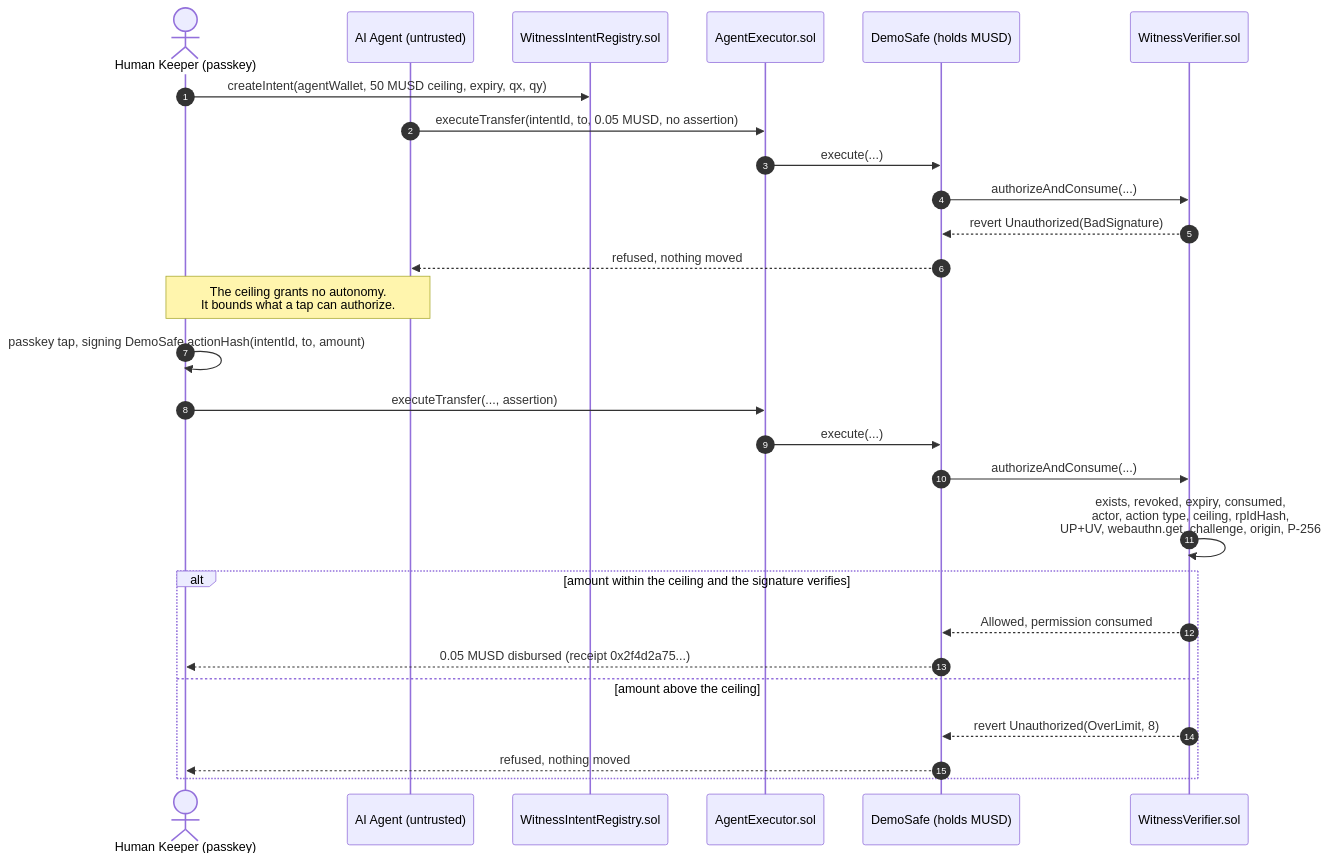
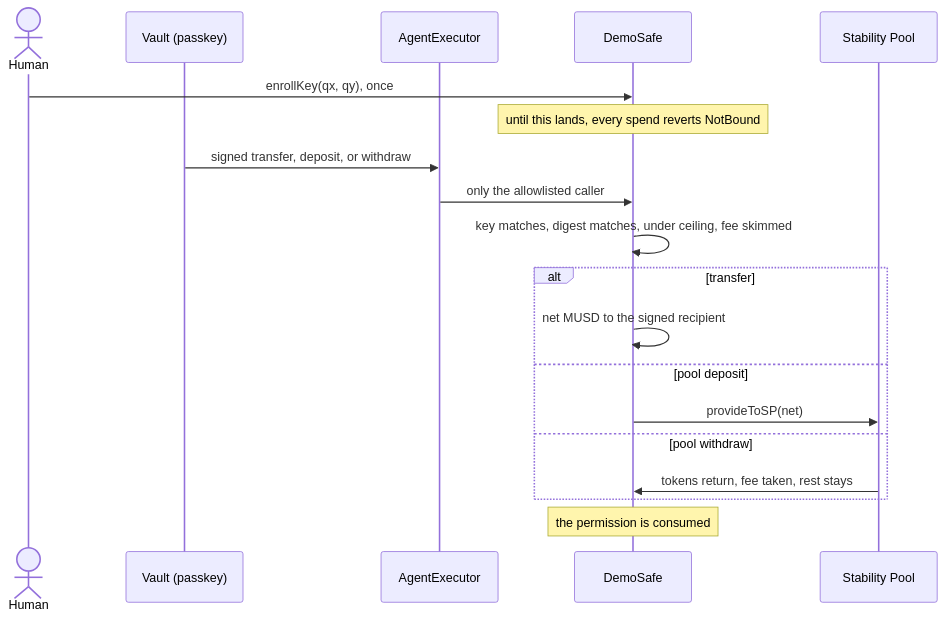
The diagram in README.md (thesithunyein/witness), drawn with Mermaid before and after one commit. The commit also changed other lines of this file and 1 other file, not shown here.

First line of the commit message:
docs: rewrite the README around the seal and the live safe

````diff
--- a/README.md
+++ b/README.md
@@ -114,31 +81,22 @@
 ```mermaid
 sequenceDiagram
-  autonumber
-  actor Human as Human Keeper (passkey)
-  participant Agent as AI Agent (untrusted)
-  participant Registry as WitnessIntentRegistry.sol
-  participant Executor as AgentExecutor.sol
-  participant Safe as DemoSafe (holds MUSD)
-  participant Verifier as WitnessVerifier.sol
+  actor Human
+  participant Vault as Vault (passkey)
+  participant Exec as AgentExecutor
+  participant Safe as DemoSafe
+  participant Pool as Stability Pool
 
-  Human->>Registry: createIntent(agentWallet, 50 MUSD ceiling, expiry, qx, qy)
-  Agent->>Executor: executeTransfer(intentId, to, 0.05 MUSD, no assertion)
-  Executor->>Safe: execute(...)
-  Safe->>Verifier: authorizeAndConsume(...)
-  Verifier-->>Safe: revert Unauthorized(BadSignature)
-  Safe-->>Agent: refused, nothing moved
-  Note over Human,Agent: The ceiling grants no autonomy.<br/>It bounds what a tap can authorize.
-
-  Human->>Human: passkey tap, signing DemoSafe.actionHash(intentId, to, amount)
-  Human->>Executor: executeTransfer(..., assertion)
-  Executor->>Safe: execute(...)
-  Safe->>Verifier: authorizeAndConsume(...)
-  Verifier->>Verifier: exists, revoked, expiry, consumed,<br/>actor, action type, ceiling, rpIdHash,<br/>UP+UV, webauthn.get, challenge, origin, P-256
-  alt amount within the ceiling and the signature verifies
-    Verifier-->>Safe: Allowed, permission consumed
-    Safe-->>Human: 0.05 MUSD disbursed (receipt 0x2f4d2a75...)
-  else amount above the ceiling
-    Verifier-->>Safe: revert Unauthorized(OverLimit, 8)
-    Safe-->>Human: refused, nothing moved
+  Human->>Safe: enrollKey(qx, qy), once
+  Note over Safe: until this lands, every spend reverts NotBound
+  Vault->>Exec: signed transfer, deposit, or withdraw
+  Exec->>Safe: only the allowlisted caller
+  Safe->>Safe: key matches, digest matches, under ceiling, fee skimmed
+  alt transfer
+    Safe->>Safe: net MUSD to the signed recipient
+  else pool deposit
+    Safe->>Pool: provideToSP(net)
+  else pool withdraw
+    Pool->>Safe: tokens return, fee taken, rest stays
   end
+  Note over Safe: the permission is consumed
 ```
````
